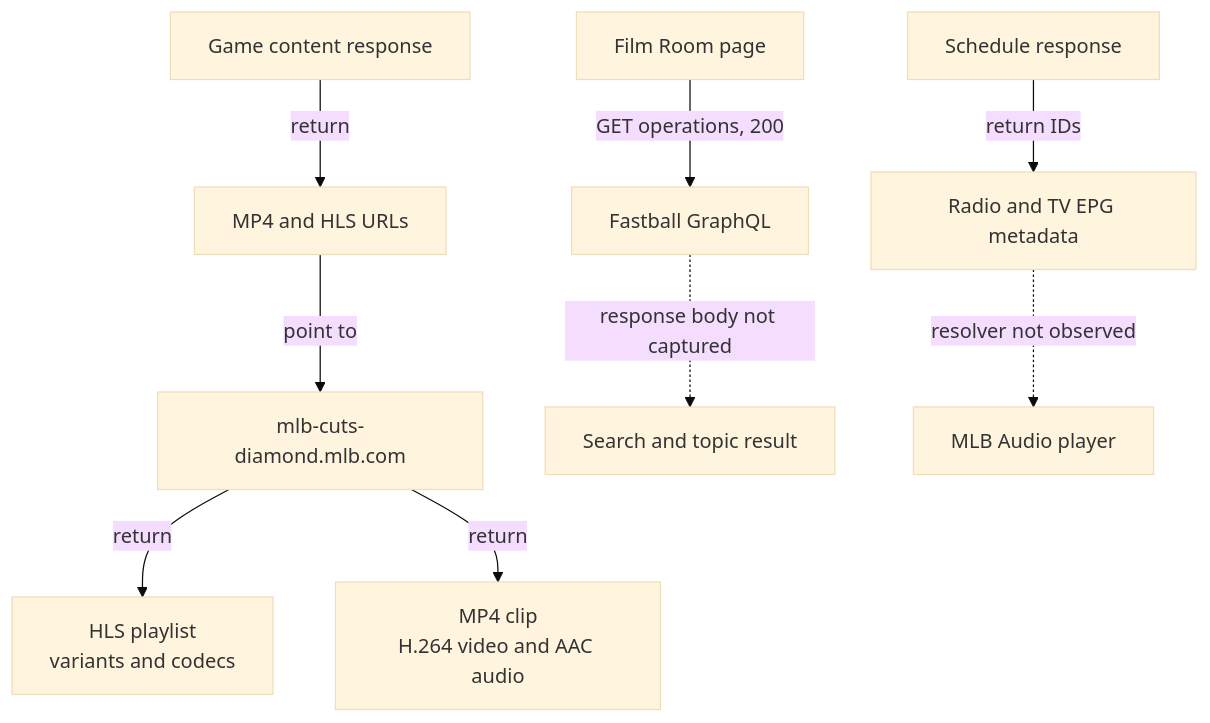
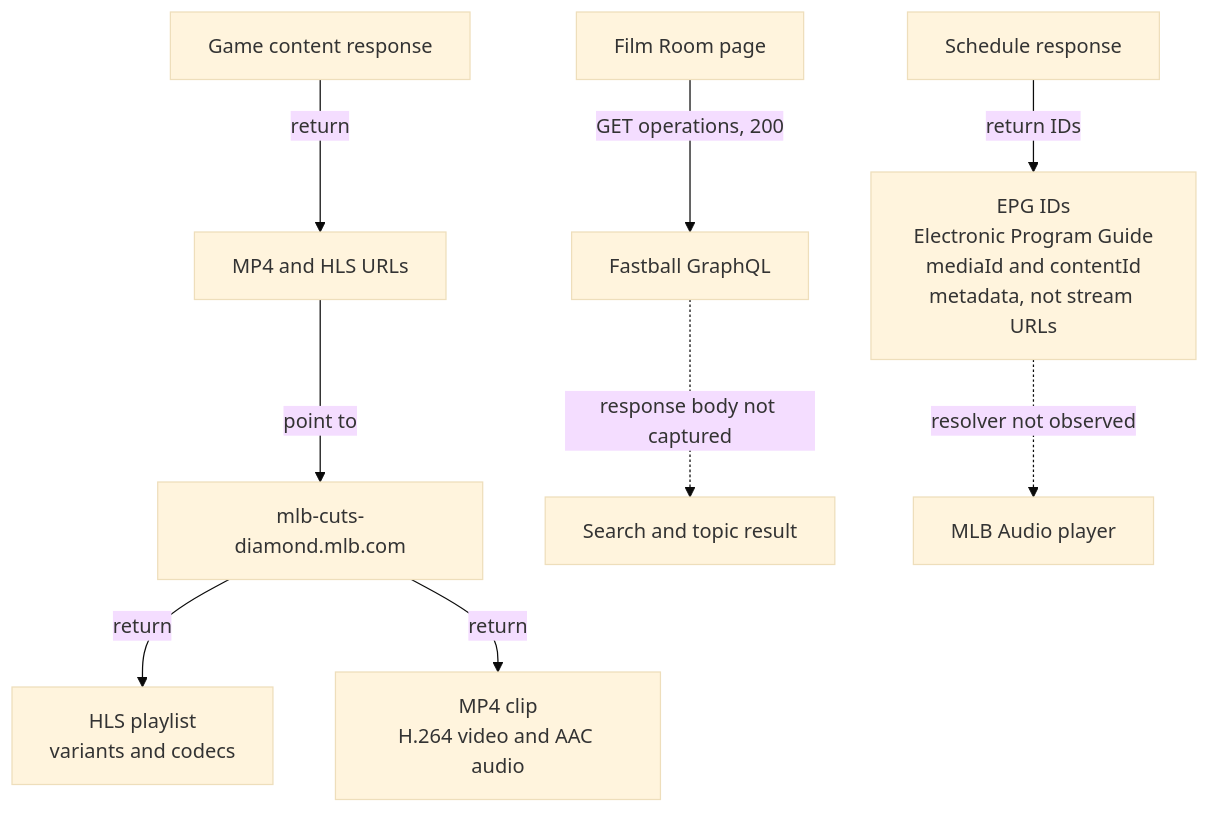
Before and after one commit to hsmahon/savant-stats: the second of 2 diagrams in MLB_PUBLIC_DATA_EVIDENCE.md, drawn with Mermaid (base theme). The commit also changed other lines of this file and 20 other files, not shown here.

First line of the commit message:
Organize API routes and service schemas

````diff
--- a/MLB_PUBLIC_DATA_EVIDENCE.md
+++ b/MLB_PUBLIC_DATA_EVIDENCE.md
@@ -25,11 +25,11 @@
 ```mermaid
 flowchart TB
   content[Game content response] -->|return| links[MP4 and HLS URLs]
   links -->|point to| host[mlb-cuts-diamond.mlb.com]
   host -->|return| hls[HLS playlist<br/>variants and codecs]
   host -->|return| mp4[MP4 clip<br/>H.264 video and AAC audio]
   film[Film Room page] -->|GET operations, 200| gql[Fastball GraphQL]
   gql -.->|response body not captured| result[Search and topic result]
-  schedule[Schedule response] -->|return IDs| epg[Radio and TV EPG metadata]
+  schedule[Schedule response] -->|return IDs| epg[EPG IDs<br/>Electronic Program Guide<br/>mediaId and contentId<br/>metadata, not stream URLs]
   epg -.->|resolver not observed| player[MLB Audio player]
 ```
````
